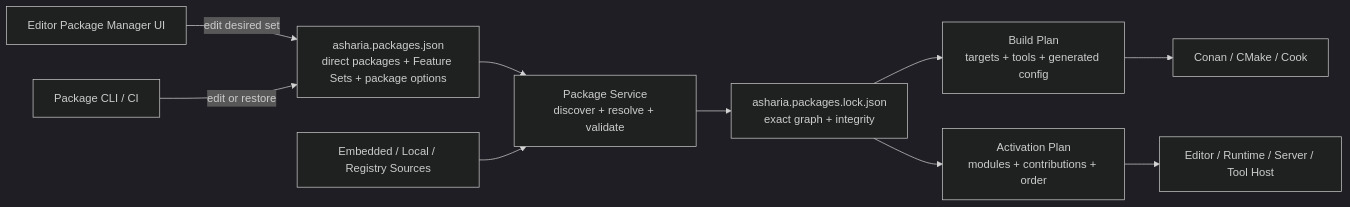
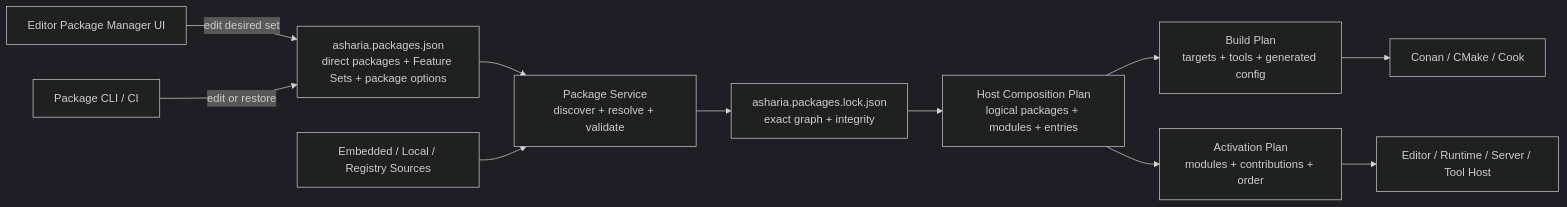
Before and after one commit to 66six11/Engine: the first of 5 diagrams in docs/planning/system-architecture-roadmap.md, drawn with Mermaid (dark theme). The commit also changed other lines of this file and 11 other files, not shown here.

Commit message:
feat: add deterministic host composition plans

````diff
--- a/docs/planning/system-architecture-roadmap.md
+++ b/docs/planning/system-architecture-roadmap.md
@@ -274,23 +275,25 @@
 ```mermaid
 flowchart LR
     EditorUI["Editor Package Manager UI"]
     CLI["Package CLI / CI"]
     Manifest["asharia.packages.json<br/>direct packages + Feature Sets + package options"]
     Sources["Embedded / Local / Registry Sources"]
     Service["Package Service<br/>discover + resolve + validate"]
     Lock["asharia.packages.lock.json<br/>exact graph + integrity"]
+    Composition["Host Composition Plan<br/>logical packages + modules + entries"]
     BuildPlan["Build Plan<br/>targets + tools + generated config"]
     Activation["Activation Plan<br/>modules + contributions + order"]
     Build["Conan / CMake / Cook"]
     Host["Editor / Runtime / Server / Tool Host"]
 
     EditorUI -->|"edit desired set"| Manifest
     CLI -->|"edit or restore"| Manifest
     Manifest --> Service
     Sources --> Service
     Service --> Lock
-    Lock --> BuildPlan
-    Lock --> Activation
+    Lock --> Composition
+    Composition --> BuildPlan
+    Composition --> Activation
     BuildPlan --> Build
     Activation --> Host
 ```
````
